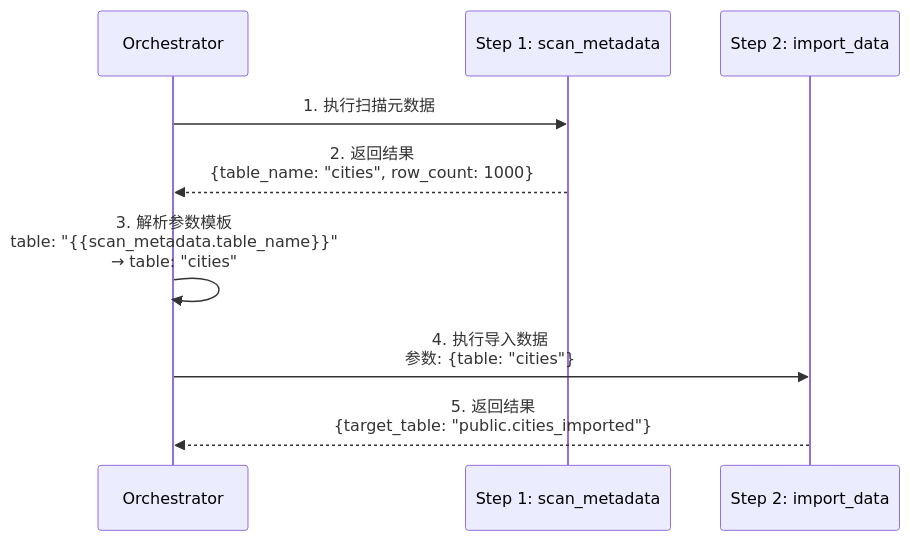
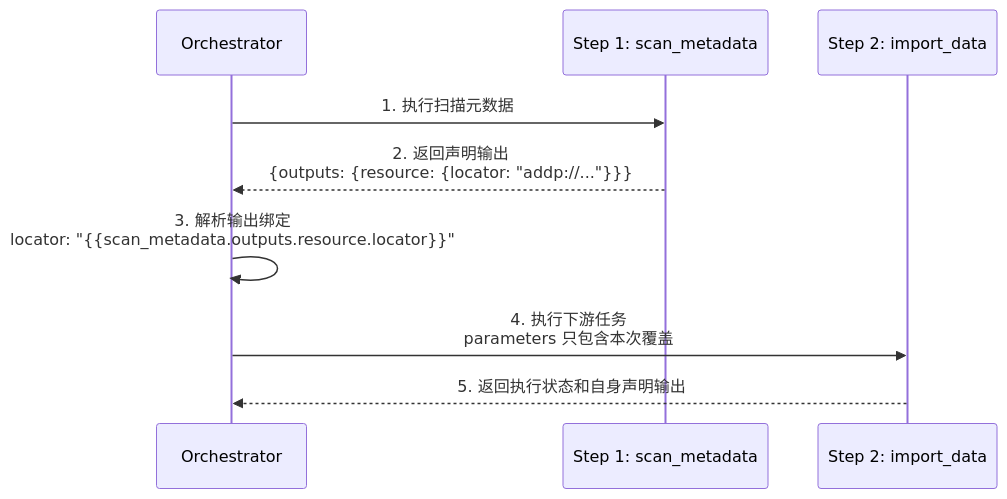
One commit to pampa0629/addp changed the fifth of 6 diagrams in docs/concepts/addp任务编排体系图.md. Above: the diagram before and after it, drawn with Mermaid. The commit also changed other lines of this file and 329 other files, not shown here.

````diff
--- a/docs/concepts/addp任务编排体系图.md
+++ b/docs/concepts/addp任务编排体系图.md
@@ -336,12 +342,12 @@
 ```mermaid
 sequenceDiagram
     participant Orchestrator
     participant Step1 as Step 1: scan_metadata
     participant Step2 as Step 2: import_data
 
     Orchestrator->>Step1: 1. 执行扫描元数据
-    Step1-->>Orchestrator: 2. 返回结果<br/>{table_name: "cities", row_count: 1000}
-    Orchestrator->>Orchestrator: 3. 解析参数模板<br/>table: "{{scan_metadata.table_name}}"<br/>→ table: "cities"
-    Orchestrator->>Step2: 4. 执行导入数据<br/>参数: {table: "cities"}
-    Step2-->>Orchestrator: 5. 返回结果<br/>{target_table: "public.cities_imported"}
+	Step1-->>Orchestrator: 2. 返回声明输出<br/>{outputs: {resource: {locator: "addp://..."}}}
+	Orchestrator->>Orchestrator: 3. 解析输出绑定<br/>locator: "{{scan_metadata.outputs.resource.locator}}"
+	Orchestrator->>Step2: 4. 执行下游任务<br/>parameters 只包含本次覆盖
+	Step2-->>Orchestrator: 5. 返回执行状态和自身声明输出
 ```
````
